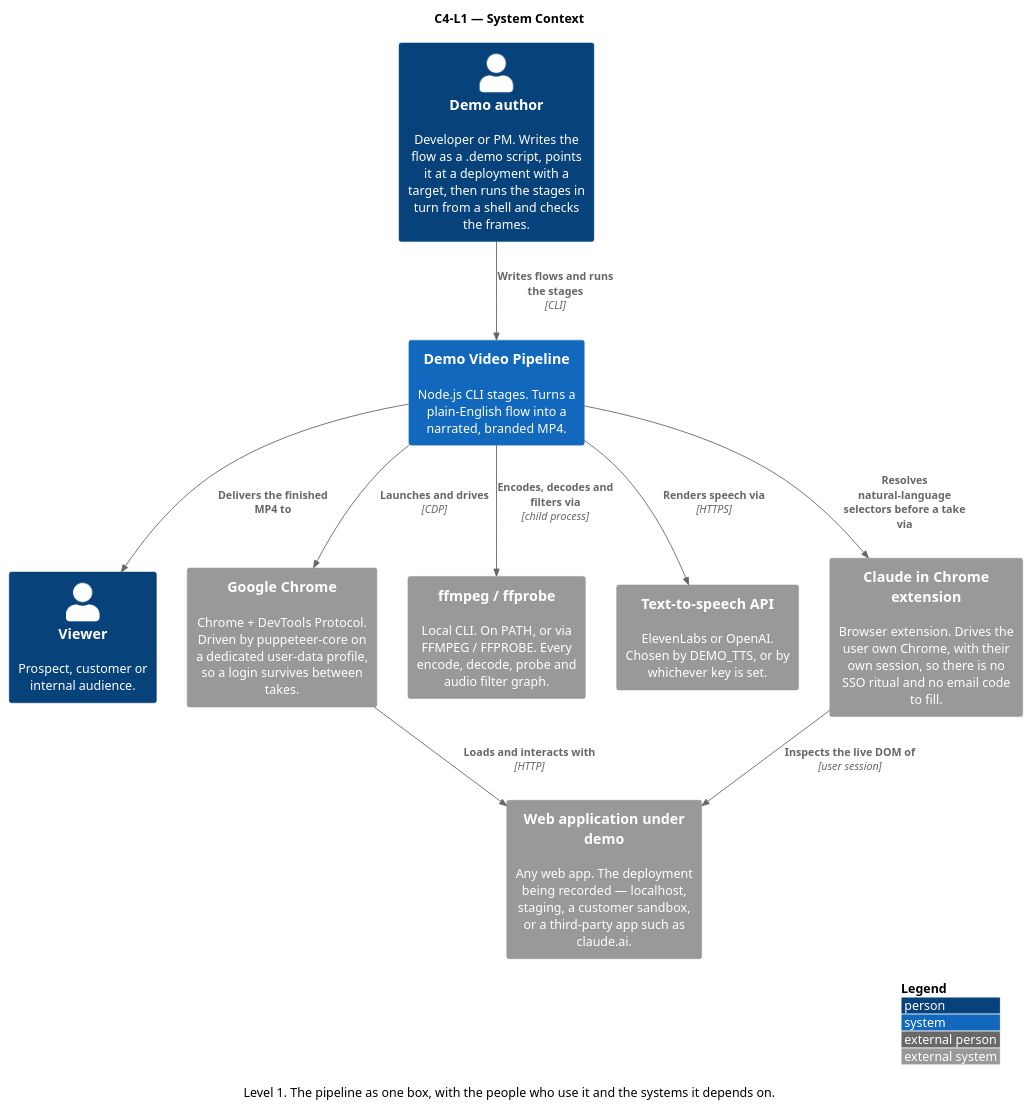
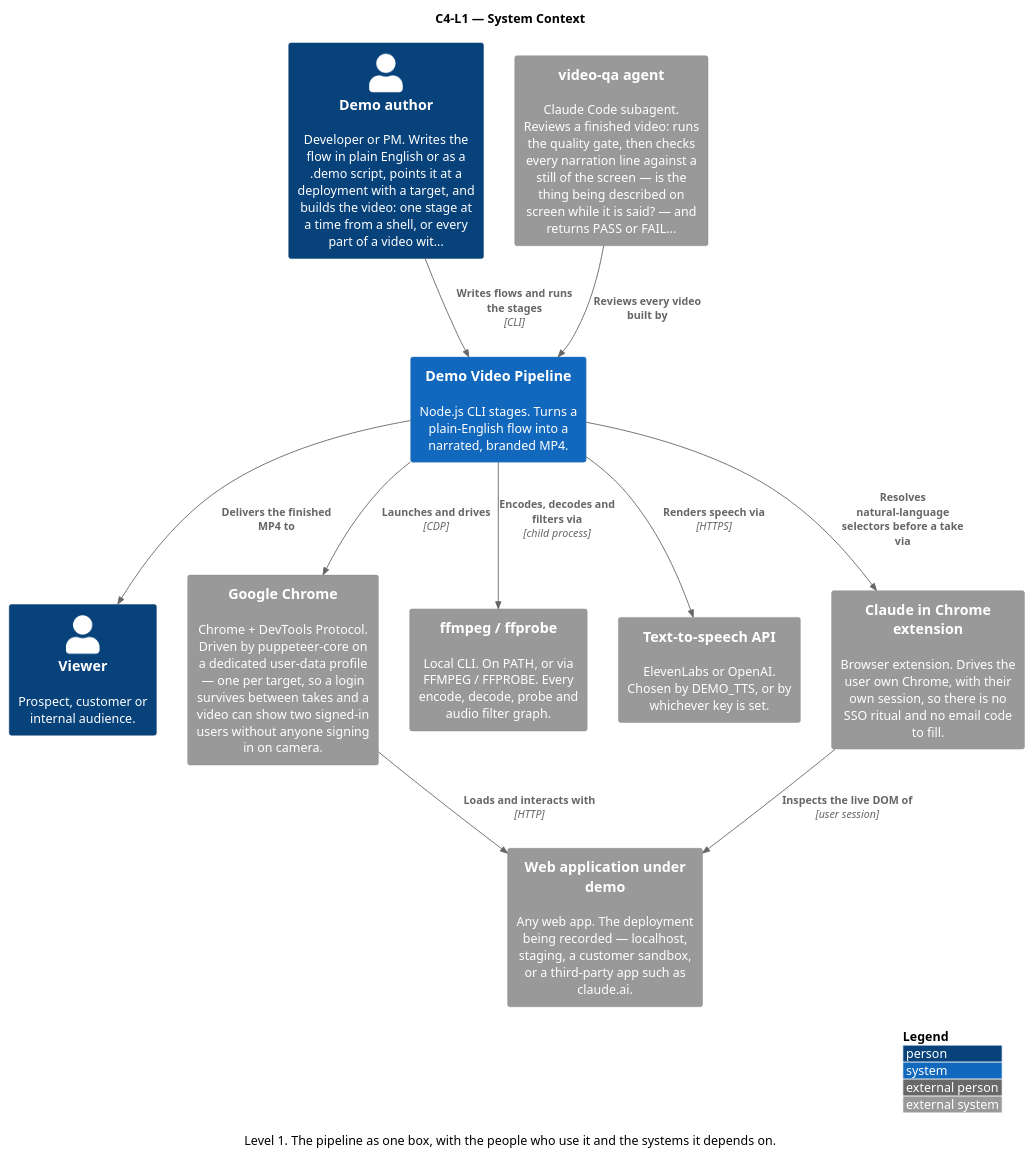
Before and after one commit to ssunduko/product-video: the diagram in docs/c4-l1-context.puml, drawn with PlantUML. The commit also changed 21 other files, not shown here.

```diff
--- a/docs/c4-l1-context.puml
+++ b/docs/c4-l1-context.puml
@@ -1,29 +1,31 @@
 @startuml c4-l1-context
 ' Generated by docs/c4-model.mjs — do not edit; edit the model and re-run.
 !include <C4/C4_Context>
 ' No bundled C4 stdlib? Replace the line above with:
 ' !include https://raw.githubusercontent.com/plantuml-stdlib/C4-PlantUML/master/C4_Context.puml
 
 title C4-L1 — System Context
 caption Level 1. The pipeline as one box, with the people who use it and the systems it depends on.
 
-Person(demo_author, "Demo author", "Developer or PM. Writes the flow as a .demo script, points it at a deployment with a target, then runs the stages in turn from a shell and checks the frames.")
+Person(demo_author, "Demo author", "Developer or PM. Writes the flow in plain English or as a .demo script, points it at a deployment with a target, and builds the video: one stage at a time from a shell, or every part of a video wit...")
 System(demo_video_pipeline, "Demo Video Pipeline", "Node.js CLI stages. Turns a plain-English flow into a narrated, branded MP4.")
 Person(viewer, "Viewer", "Prospect, customer or internal audience.")
-System_Ext(google_chrome, "Google Chrome", "Chrome + DevTools Protocol. Driven by puppeteer-core on a dedicated user-data profile, so a login survives between takes.")
+System_Ext(google_chrome, "Google Chrome", "Chrome + DevTools Protocol. Driven by puppeteer-core on a dedicated user-data profile — one per target, so a login survives between takes and a video can show two signed-in users without anyone signing in on camera.")
 System_Ext(web_application_under_demo, "Web application under demo", "Any web app. The deployment being recorded — localhost, staging, a customer sandbox, or a third-party app such as claude.ai.")
 System_Ext(ffmpeg_ffprobe, "ffmpeg / ffprobe", "Local CLI. On PATH, or via FFMPEG / FFPROBE. Every encode, decode, probe and audio filter graph.")
 System_Ext(text_to_speech_api, "Text-to-speech API", "ElevenLabs or OpenAI. Chosen by DEMO_TTS, or by whichever key is set.")
 System_Ext(claude_in_chrome_extension, "Claude in Chrome extension", "Browser extension. Drives the user own Chrome, with their own session, so there is no SSO ritual and no email code to fill.")
+System_Ext(video_qa_agent, "video-qa agent", "Claude Code subagent. Reviews a finished video: runs the quality gate, then checks every narration line against a still of the screen — is the thing being described on screen while it is said? — and returns PASS or FAIL...")
 
 Rel(demo_author, demo_video_pipeline, "Writes flows and runs the stages", "CLI")
 Rel(demo_video_pipeline, claude_in_chrome_extension, "Resolves natural-language selectors before a take via")
 Rel(claude_in_chrome_extension, web_application_under_demo, "Inspects the live DOM of", "user session")
 Rel(demo_video_pipeline, viewer, "Delivers the finished MP4 to")
 Rel(demo_video_pipeline, google_chrome, "Launches and drives", "CDP")
 Rel(google_chrome, web_application_under_demo, "Loads and interacts with", "HTTP")
 Rel(demo_video_pipeline, ffmpeg_ffprobe, "Encodes, decodes and filters via", "child process")
 Rel(demo_video_pipeline, text_to_speech_api, "Renders speech via", "HTTPS")
+Rel(video_qa_agent, demo_video_pipeline, "Reviews every video built by")
 
 LAYOUT_WITH_LEGEND()
 @enduml
```
